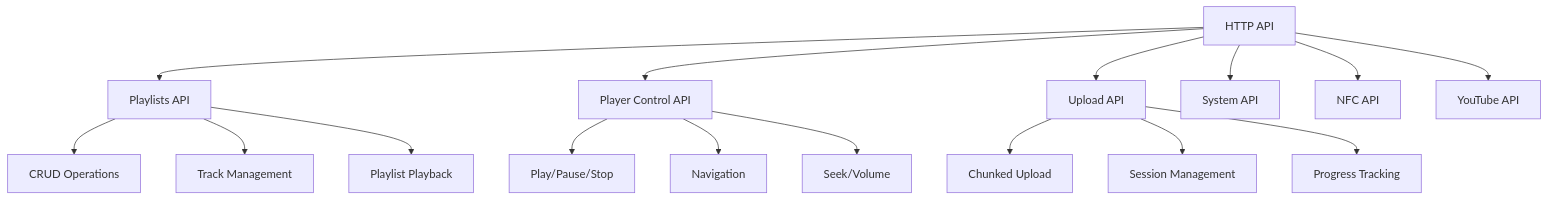
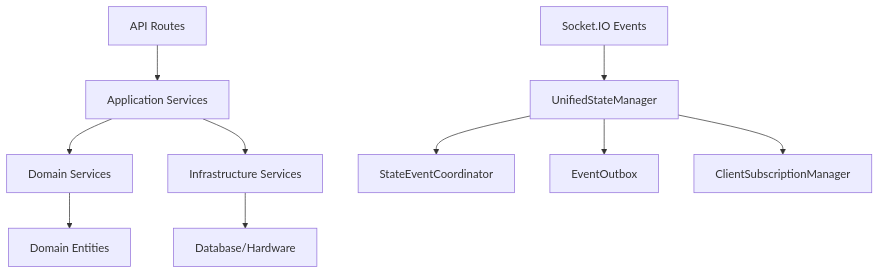
Before and after one commit to The-Open-Music-Box/theopenmusicbox: the first of 6 diagrams in documentation/api-socketio-communication.md, drawn with Mermaid. The commit also changed other lines of this file and 7 other files, not shown here.

First line of the commit message:
docs(project): add DDD architecture documentation

````diff
--- a/documentation/api-socketio-communication.md
+++ b/documentation/api-socketio-communication.md
@@ -40,21 +41,13 @@
 ```mermaid
 graph TD
-    A[HTTP API] --> B[Playlists API]
-    A --> C[Player Control API]
-    A --> D[Upload API]
-    A --> E[System API]
-    A --> F[NFC API]
-    A --> G[YouTube API]
+    A[API Routes] --> B[Application Services]
+    B --> C[Domain Services]
+    C --> D[Domain Entities]
+    B --> E[Infrastructure Services]
+    E --> F[Database/Hardware]
 
-    B --> B1[CRUD Operations]
-    B --> B2[Track Management]
-    B --> B3[Playlist Playback]
-
-    C --> C1[Play/Pause/Stop]
-    C --> C2[Navigation]
-    C --> C3[Seek/Volume]
-
-    D --> D1[Chunked Upload]
-    D --> D2[Session Management]
-    D --> D3[Progress Tracking]
+    G[Socket.IO Events] --> H[UnifiedStateManager]
+    H --> I[StateEventCoordinator]
+    H --> J[EventOutbox]
+    H --> K[ClientSubscriptionManager]
 ```
````
